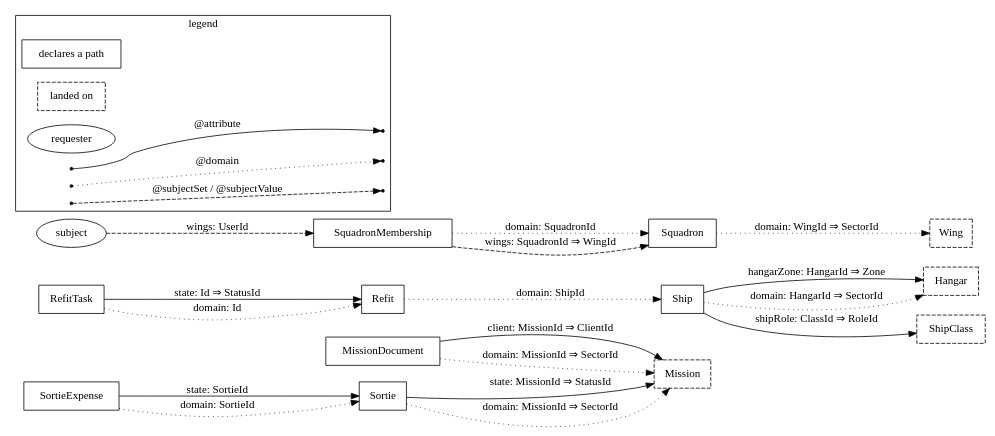
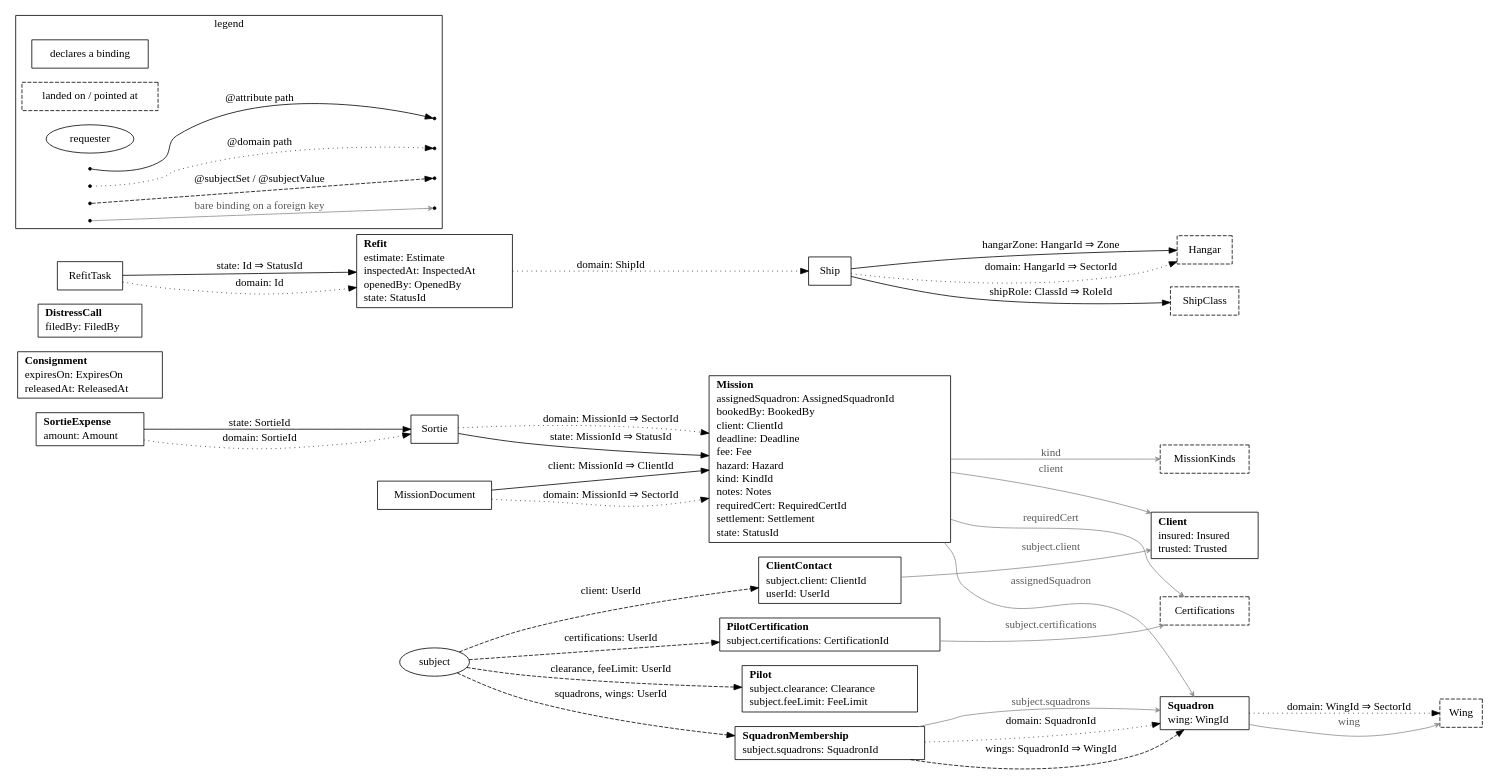
The diagram in resource/lodestar/pkg/resources/zz_gen_bindings.dot (cccteam/ccc), drawn with Graphviz before and after one commit. The commit also changed 7 other files, not shown here.

```diff
--- a/resource/lodestar/pkg/resources/zz_gen_bindings.dot
+++ b/resource/lodestar/pkg/resources/zz_gen_bindings.dot
@@ -1,56 +1,80 @@
 // Code generated by resourcegeneration. DO NOT EDIT.
-// Bindings: every join-path binding this package declares. Solid boxes are the
-// resources declaring a path; dashed boxes are the tables a path only lands on;
-// the subject ellipse is the requester. One edge per hop, drawn once however
-// many paths share it: solid for @attribute, dotted for @domain, dashed for a
-// subject binding, labeled `name: column` on a continuing hop and
-// `name: column ⇒ column` where the path terminates. Facts only: no grant or
-// condition is drawn.
+// Bindings: every attribute and subject binding this package declares. A box per
+// declaring resource lists its bare bindings as `name: column`; dashed boxes are
+// the tables a path lands on or a foreign key points at; the subject ellipse is
+// the requester, entering each anchor once with every name it yields there. One
+// edge per hop, drawn once however many paths share it: solid for @attribute,
+// dotted for @domain, dashed for a subject binding, labeled `name: column` on a
+// continuing hop and `name: column ⇒ column` where the path terminates; a thin
+// grey edge points a bare binding on a foreign key at its table. Facts only: no
+// grant or condition is drawn.
 digraph Bindings {
 	rankdir=LR;
 	node [shape=box];
+	"Client" [label=<<table border="0" cellborder="0" cellspacing="0" cellpadding="1"><tr><td align="left"><b>Client</b></td></tr><tr><td align="left">insured: Insured</td></tr><tr><td align="left">trusted: Trusted</td></tr></table>>];
+	"ClientContact" [label=<<table border="0" cellborder="0" cellspacing="0" cellpadding="1"><tr><td align="left"><b>ClientContact</b></td></tr><tr><td align="left">subject.client: ClientId</td></tr><tr><td align="left">userId: UserId</td></tr></table>>];
+	"Consignment" [label=<<table border="0" cellborder="0" cellspacing="0" cellpadding="1"><tr><td align="left"><b>Consignment</b></td></tr><tr><td align="left">expiresOn: ExpiresOn</td></tr><tr><td align="left">releasedAt: ReleasedAt</td></tr></table>>];
+	"DistressCall" [label=<<table border="0" cellborder="0" cellspacing="0" cellpadding="1"><tr><td align="left"><b>DistressCall</b></td></tr><tr><td align="left">filedBy: FiledBy</td></tr></table>>];
+	"Mission" [label=<<table border="0" cellborder="0" cellspacing="0" cellpadding="1"><tr><td align="left"><b>Mission</b></td></tr><tr><td align="left">assignedSquadron: AssignedSquadronId</td></tr><tr><td align="left">bookedBy: BookedBy</td></tr><tr><td align="left">client: ClientId</td></tr><tr><td align="left">deadline: Deadline</td></tr><tr><td align="left">fee: Fee</td></tr><tr><td align="left">hazard: Hazard</td></tr><tr><td align="left">kind: KindId</td></tr><tr><td align="left">notes: Notes</td></tr><tr><td align="left">requiredCert: RequiredCertId</td></tr><tr><td align="left">settlement: Settlement</td></tr><tr><td align="left">state: StatusId</td></tr></table>>];
 	"MissionDocument";
-	"Refit";
+	"Pilot" [label=<<table border="0" cellborder="0" cellspacing="0" cellpadding="1"><tr><td align="left"><b>Pilot</b></td></tr><tr><td align="left">subject.clearance: Clearance</td></tr><tr><td align="left">subject.feeLimit: FeeLimit</td></tr></table>>];
+	"PilotCertification" [label=<<table border="0" cellborder="0" cellspacing="0" cellpadding="1"><tr><td align="left"><b>PilotCertification</b></td></tr><tr><td align="left">subject.certifications: CertificationId</td></tr></table>>];
+	"Refit" [label=<<table border="0" cellborder="0" cellspacing="0" cellpadding="1"><tr><td align="left"><b>Refit</b></td></tr><tr><td align="left">estimate: Estimate</td></tr><tr><td align="left">inspectedAt: InspectedAt</td></tr><tr><td align="left">openedBy: OpenedBy</td></tr><tr><td align="left">state: StatusId</td></tr></table>>];
 	"RefitTask";
 	"Ship";
 	"Sortie";
-	"SortieExpense";
-	"Squadron";
-	"SquadronMembership";
+	"SortieExpense" [label=<<table border="0" cellborder="0" cellspacing="0" cellpadding="1"><tr><td align="left"><b>SortieExpense</b></td></tr><tr><td align="left">amount: Amount</td></tr></table>>];
+	"Squadron" [label=<<table border="0" cellborder="0" cellspacing="0" cellpadding="1"><tr><td align="left"><b>Squadron</b></td></tr><tr><td align="left">wing: WingId</td></tr></table>>];
+	"SquadronMembership" [label=<<table border="0" cellborder="0" cellspacing="0" cellpadding="1"><tr><td align="left"><b>SquadronMembership</b></td></tr><tr><td align="left">subject.squadrons: SquadronId</td></tr></table>>];
+	"Certifications" [style=dashed];
 	"Hangar" [style=dashed];
-	"Mission" [style=dashed];
+	"MissionKinds" [style=dashed];
 	"ShipClass" [style=dashed];
 	"Wing" [style=dashed];
 	"subject" [shape=ellipse];
 	"MissionDocument" -> "Mission" [label="client: MissionId ⇒ ClientId"];
 	"RefitTask" -> "Refit" [label="state: Id ⇒ StatusId"];
 	"Ship" -> "Hangar" [label="hangarZone: HangarId ⇒ Zone"];
 	"Ship" -> "ShipClass" [label="shipRole: ClassId ⇒ RoleId"];
 	"Sortie" -> "Mission" [label="state: MissionId ⇒ StatusId"];
 	"SortieExpense" -> "Sortie" [label="state: SortieId"];
 	"MissionDocument" -> "Mission" [style=dotted, label="domain: MissionId ⇒ SectorId"];
 	"Refit" -> "Ship" [style=dotted, label="domain: ShipId"];
 	"RefitTask" -> "Refit" [style=dotted, label="domain: Id"];
 	"Ship" -> "Hangar" [style=dotted, label="domain: HangarId ⇒ SectorId"];
 	"Sortie" -> "Mission" [style=dotted, label="domain: MissionId ⇒ SectorId"];
 	"SortieExpense" -> "Sortie" [style=dotted, label="domain: SortieId"];
 	"Squadron" -> "Wing" [style=dotted, label="domain: WingId ⇒ SectorId"];
 	"SquadronMembership" -> "Squadron" [style=dotted, label="domain: SquadronId"];
 	"SquadronMembership" -> "Squadron" [style=dashed, label="wings: SquadronId ⇒ WingId"];
-	"subject" -> "SquadronMembership" [style=dashed, label="wings: UserId"];
+	"subject" -> "ClientContact" [style=dashed, label="client: UserId"];
+	"subject" -> "Pilot" [style=dashed, label="clearance, feeLimit: UserId"];
+	"subject" -> "PilotCertification" [style=dashed, label="certifications: UserId"];
+	"subject" -> "SquadronMembership" [style=dashed, label="squadrons, wings: UserId"];
+	"ClientContact" -> "Client" [color=gray55, fontcolor=gray35, arrowhead=vee, arrowsize=0.6, label="subject.client"];
+	"Mission" -> "Certifications" [color=gray55, fontcolor=gray35, arrowhead=vee, arrowsize=0.6, label="requiredCert"];
+	"Mission" -> "Client" [color=gray55, fontcolor=gray35, arrowhead=vee, arrowsize=0.6, label="client"];
+	"Mission" -> "MissionKinds" [color=gray55, fontcolor=gray35, arrowhead=vee, arrowsize=0.6, label="kind"];
+	"Mission" -> "Squadron" [color=gray55, fontcolor=gray35, arrowhead=vee, arrowsize=0.6, label="assignedSquadron"];
+	"PilotCertification" -> "Certifications" [color=gray55, fontcolor=gray35, arrowhead=vee, arrowsize=0.6, label="subject.certifications"];
+	"Squadron" -> "Wing" [color=gray55, fontcolor=gray35, arrowhead=vee, arrowsize=0.6, label="wing"];
+	"SquadronMembership" -> "Squadron" [color=gray55, fontcolor=gray35, arrowhead=vee, arrowsize=0.6, label="subject.squadrons"];
 	subgraph cluster_legend {
 		label="legend";
-		"declares a path" [shape=box];
-		"landed on" [shape=box, style=dashed];
+		"declares a binding" [shape=box];
+		"landed on / pointed at" [shape=box, style=dashed];
 		"requester" [shape=ellipse];
 		"legend:attribute" [shape=point];
 		"legend:attribute:to" [shape=point];
 		"legend:domain" [shape=point];
 		"legend:domain:to" [shape=point];
 		"legend:subject" [shape=point];
 		"legend:subject:to" [shape=point];
-		"legend:attribute" -> "legend:attribute:to" [label="@attribute"];
-		"legend:domain" -> "legend:domain:to" [style=dotted, label="@domain"];
+		"legend:reference" [shape=point];
+		"legend:reference:to" [shape=point];
+		"legend:attribute" -> "legend:attribute:to" [label="@attribute path"];
+		"legend:domain" -> "legend:domain:to" [style=dotted, label="@domain path"];
 		"legend:subject" -> "legend:subject:to" [style=dashed, label="@subjectSet / @subjectValue"];
+		"legend:reference" -> "legend:reference:to" [color=gray55, fontcolor=gray35, arrowhead=vee, arrowsize=0.6, label="bare binding on a foreign key"];
 	}
 }
```
